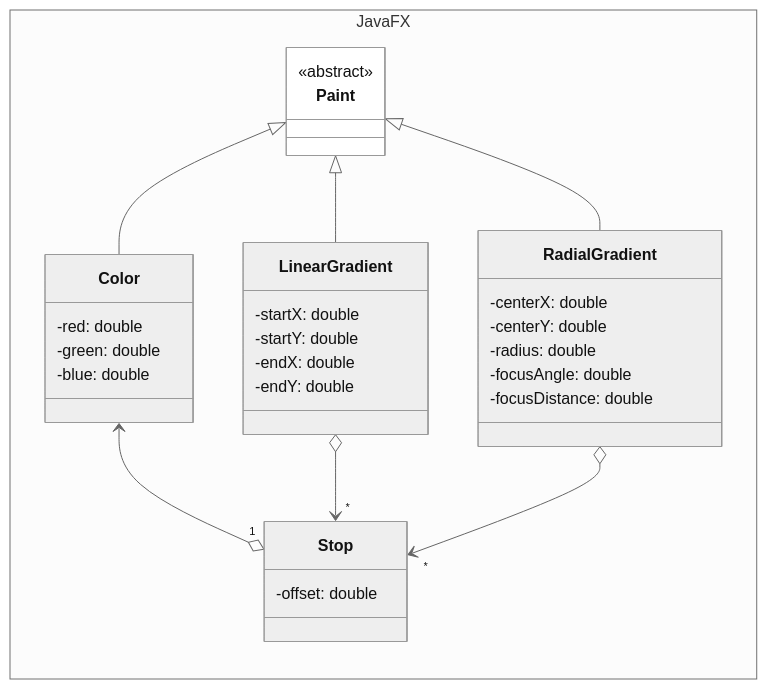
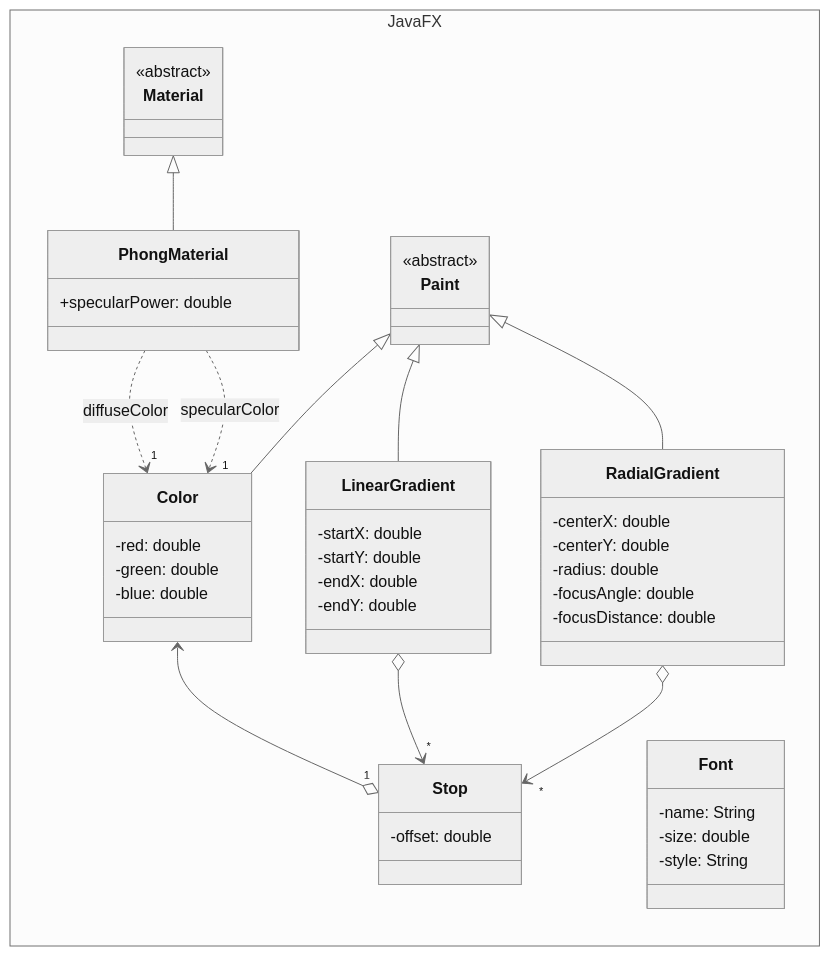
One commit to ghackenberg/kurs-java-programmierung changed the diagram in Grafiken/JavaFX/Paint.mmd. Above: the diagram before and after it, drawn with Mermaid (neutral theme). The commit also changed 12 other files, not shown here.

Commit message:
work on class diagrams

```diff
--- a/Grafiken/JavaFX/Paint.mmd
+++ b/Grafiken/JavaFX/Paint.mmd
@@ -1,48 +1,65 @@
 classDiagram
 
     direction RL
 
     namespace JavaFX {
 
         class Color {
             -red: double
             -green: double
             -blue: double
         }
 
         class Stop {
             -offset: double
         }
 
         class LinearGradient {
             -startX: double
             -startY: double
             -endX: double
             -endY: double
         }
 
         class RadialGradient {
             -centerX: double
             -centerY: double
             -radius: double
             -focusAngle: double
             -focusDistance: double
         }
 
         class Paint {
             <<abstract>>
         }
 
+        class Font {
+            -name: String
+            -size: double
+            -style: String
+        }
+
+        class Material {
+            <<abstract>>
+        }
+
+        class PhongMaterial {
+            +specularPower: double
+        }
+
     }
+
+    Material <|-- PhongMaterial
+    
+    PhongMaterial ..>"1" Color: diffuseColor
+    PhongMaterial ..>"1" Color: specularColor
 
     Color <--o"1" Stop
 
     LinearGradient o-->"*" Stop
     RadialGradient o-->"*" Stop
 
     Paint <|-- Color
 
     Paint <|-- LinearGradient
     Paint <|-- RadialGradient
-
-    style Paint fill:white
```
